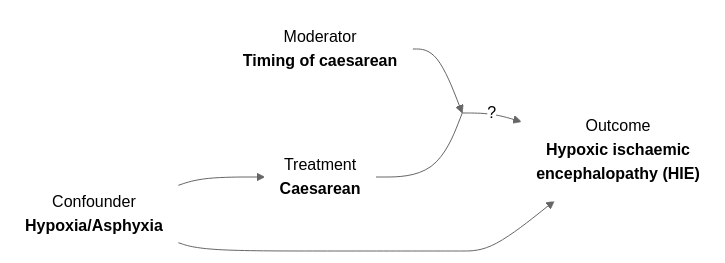
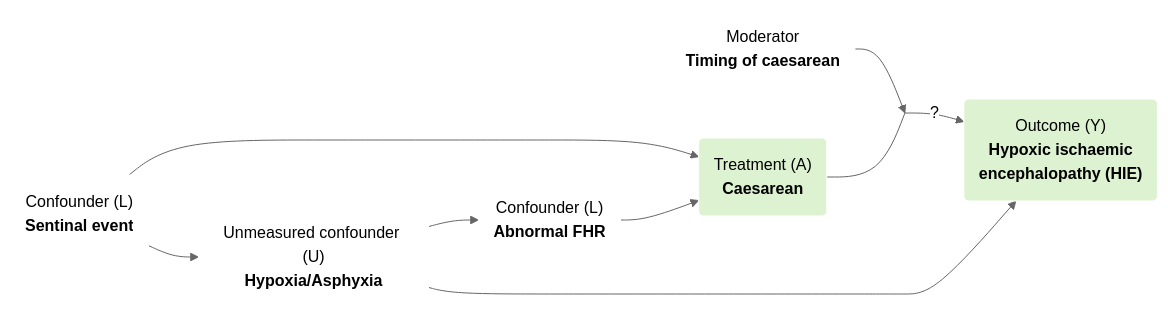
Diagram 21 of 24 in book_birth_outcomes_summary/design_causal.md (birth-outcomes/birth_outcomes_summary), drawn with Mermaid (neutral theme) before and after one commit. The commit also changed other lines of this file, not shown here.

`````diff
--- a/book_birth_outcomes_summary/design_causal.md
+++ b/book_birth_outcomes_summary/design_causal.md
@@ -533,18 +595,21 @@
 ````{mermaid}
   flowchart LR;
 
-    A("Treatment<br><b>Caesarean</b>"):::white;
-    Y("Outcome<br><b>Hypoxic ischaemic<br>encephalopathy (HIE)</b>"):::white;
+    L_sen("Confounder (L)<br><b>Sentinal event</b>"):::white;
+    L_fhr("Confounder (L)<br><b>Abnormal FHR</b>"):::white;
+    U("Unmeasured confounder (U)<br><b>Hypoxia/Asphyxia</b>"):::white;
+    A("Treatment (A)<br><b>Caesarean</b>"):::important;
+    Y("Outcome (Y)<br><b>Hypoxic ischaemic<br>encephalopathy (HIE)</b>"):::important;
     Empty[ ]:::empty;
     Mod("Moderator<br><b>Timing of caesarean</b>"):::white;
-    C("Confounder<br><b>Hypoxia/Asphyxia</b>"):::white;
-
+    
+    L_sen --> U; L_sen --> A;
     Mod --> Empty;
     A --- Empty; Empty -->|?| Y;
-    C --> A; C --> Y;
-
-
+    U --> L_fhr; L_fhr --> A; U --> Y;
+  
     classDef white fill:#FFFFFF, stroke:#FFFFFF;
     classDef black fill:#FFFFFF, stroke:#000000;
     classDef empty width:0px,height:0px;
+    classDef important fill:#DDF2D1, stroke: #FFFFFF;
 ````
`````
